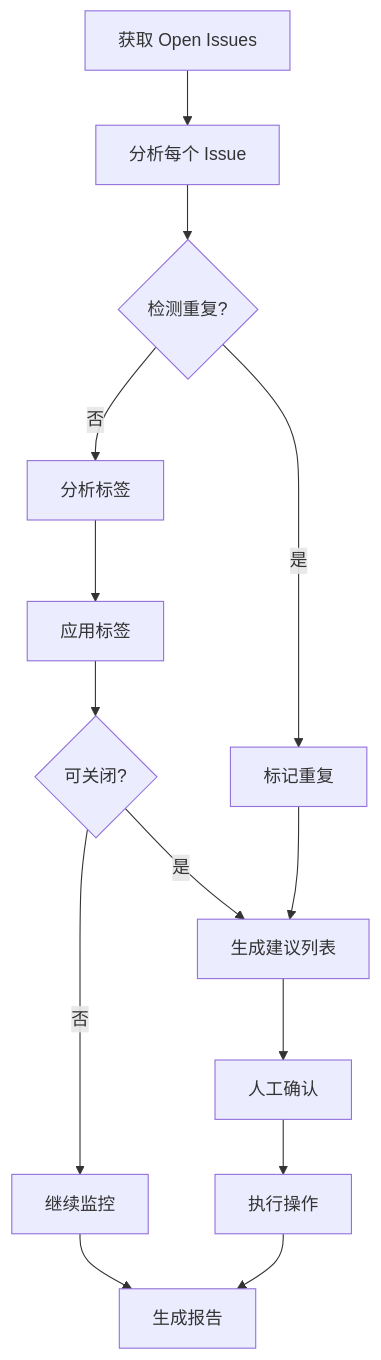
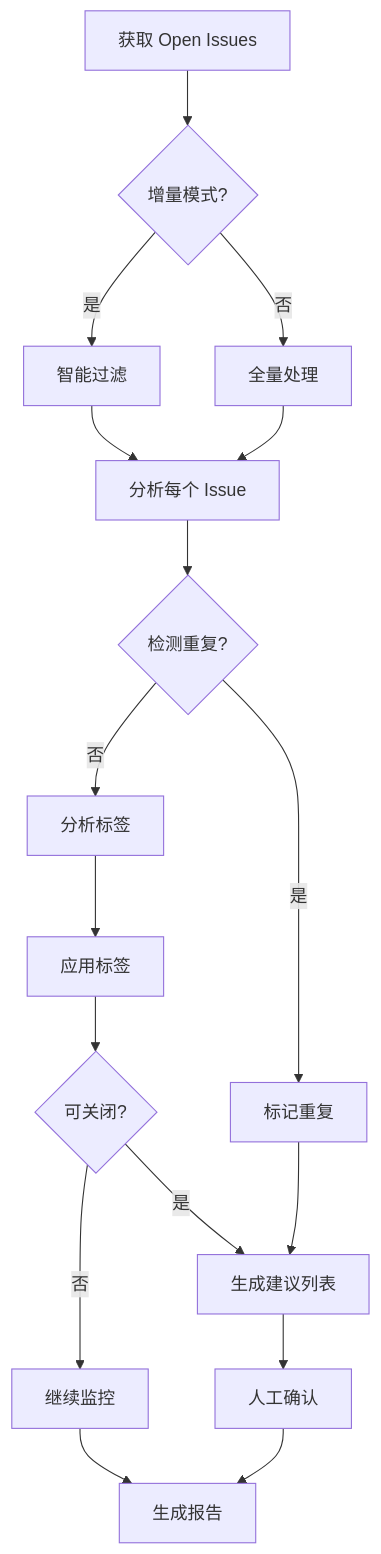
The first of 2 diagrams in .agent/skills/hotplex-issue-master/SKILL.md (aaronwong1989/hotplex), drawn with Mermaid before and after one commit. The commit also changed other lines of this file and 113 other files, not shown here.

````diff
--- a/.agent/skills/hotplex-issue-master/SKILL.md
+++ b/.agent/skills/hotplex-issue-master/SKILL.md
@@ -572,16 +148,19 @@
 ```mermaid
 graph TD
-    A[获取 Open Issues] --> B[分析每个 Issue]
-    B --> C{检测重复?}
-    C -->|是| D[标记重复]
-    C -->|否| E[分析标签]
-    E --> F[应用标签]
-    F --> G{可关闭?}
-    G -->|是| H[生成建议列表]
-    G -->|否| I[继续监控]
-    D --> H
-    H --> J[人工确认]
-    J --> K[执行操作]
-    I --> L[生成报告]
-    K --> L
+    A[获取 Open Issues] --> B{增量模式?}
+    B -->|是| C[智能过滤]
+    B -->|否| D[全量处理]
+    C --> E[分析每个 Issue]
+    D --> E
+    E --> F{检测重复?}
+    F -->|是| G[标记重复]
+    F -->|否| H[分析标签]
+    H --> I[应用标签]
+    I --> J{可关闭?}
+    J -->|是| K[生成建议列表]
+    J -->|否| L[继续监控]
+    G --> K
+    K --> M[人工确认]
+    L --> N[生成报告]
+    M --> N
 ```
````
